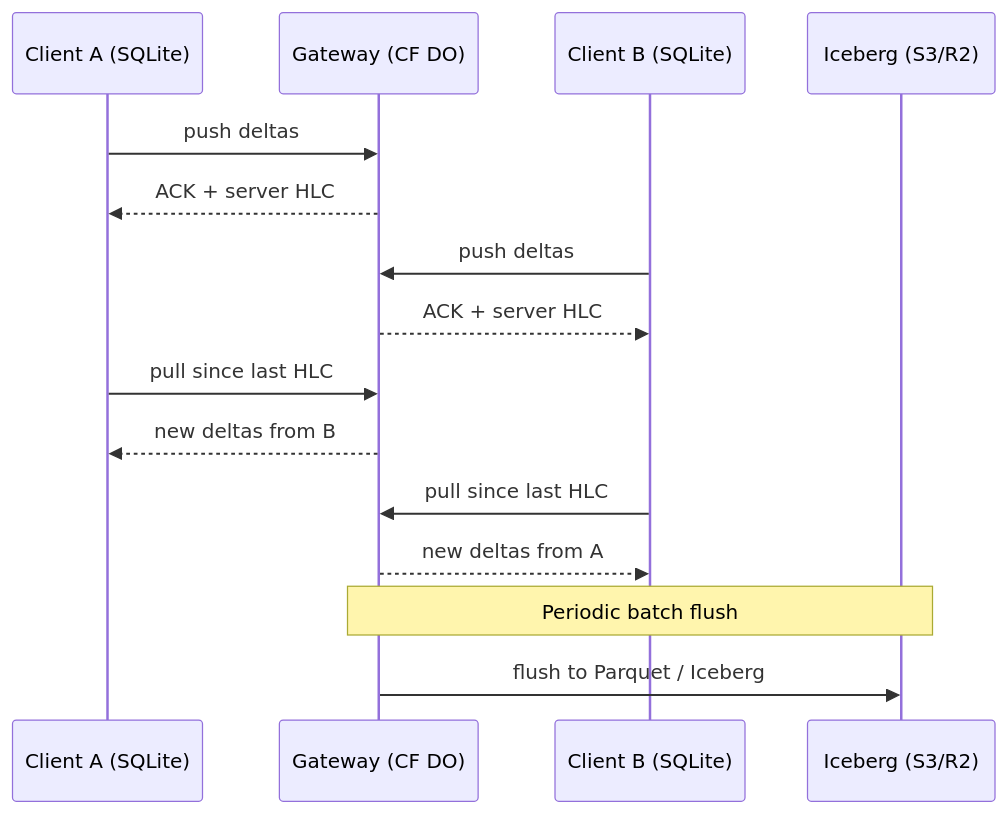
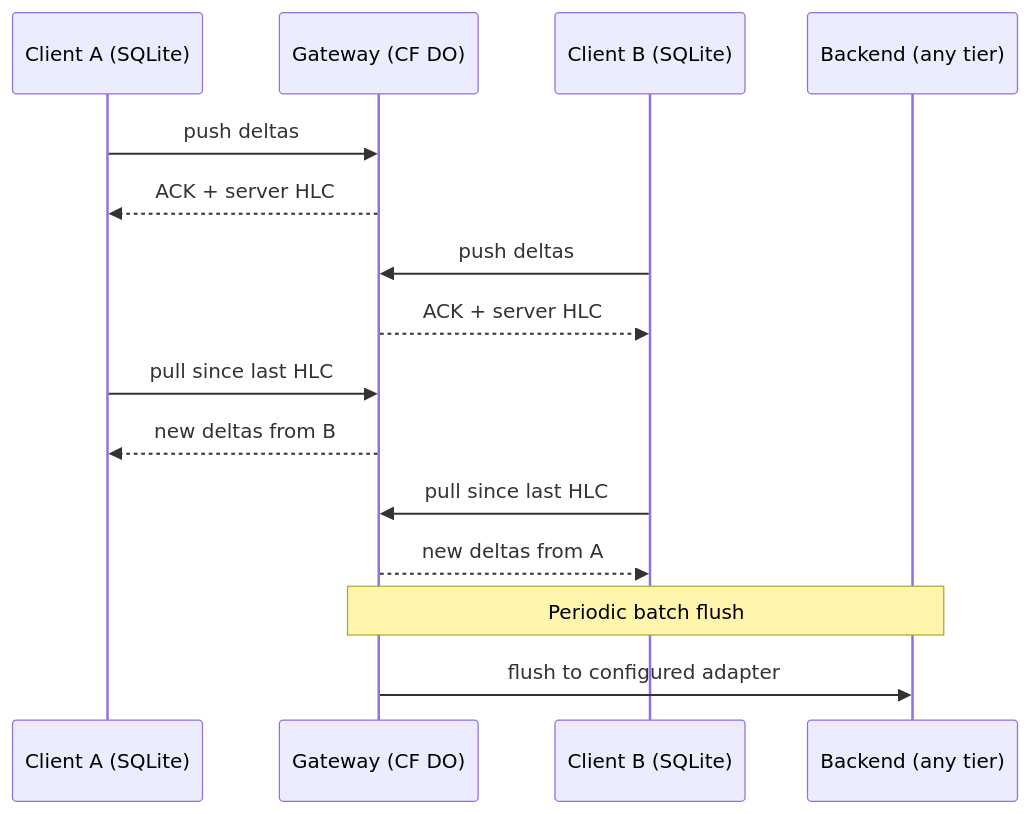
The first of 4 diagrams in apps/docs/content/docs/architecture.mdx (radekdymacz/lakesync), drawn with Mermaid before and after one commit. The commit also changed other lines of this file and 2 other files, not shown here.

First line of the commit message:
docs: reflect three-tier backend vision (SQL, Analytics, Data Lake)

````diff
--- a/apps/docs/content/docs/architecture.mdx
+++ b/apps/docs/content/docs/architecture.mdx
@@ -10,18 +10,18 @@
 ```mermaid
 sequenceDiagram
     participant A as Client A (SQLite)
     participant GW as Gateway (CF DO)
     participant B as Client B (SQLite)
-    participant ICE as Iceberg (S3/R2)
+    participant BE as Backend (any tier)
 
     A->>GW: push deltas
     GW-->>A: ACK + server HLC
     B->>GW: push deltas
     GW-->>B: ACK + server HLC
     A->>GW: pull since last HLC
     GW-->>A: new deltas from B
     B->>GW: pull since last HLC
     GW-->>B: new deltas from A
-    Note over GW,ICE: Periodic batch flush
-    GW->>ICE: flush to Parquet / Iceberg
+    Note over GW,BE: Periodic batch flush
+    GW->>BE: flush to configured adapter
 ```
````
